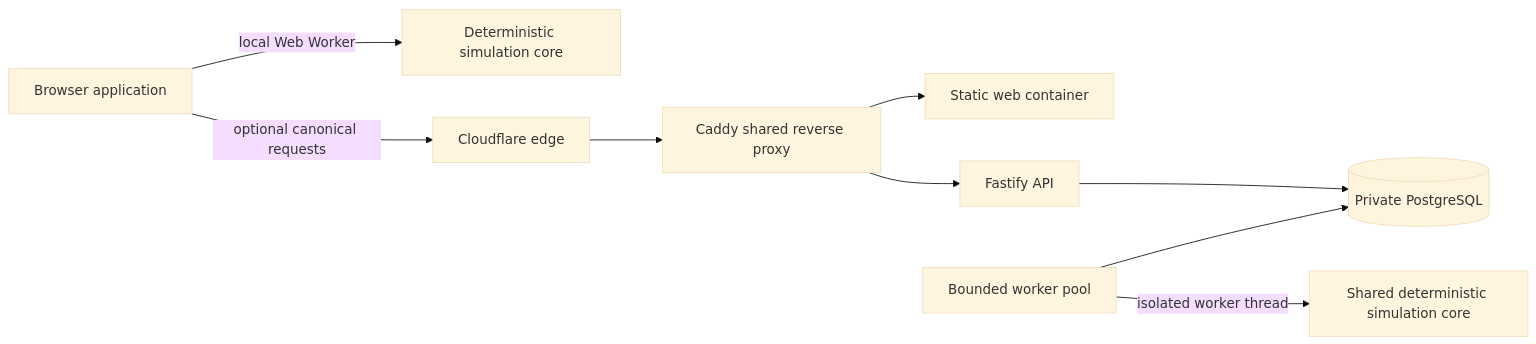
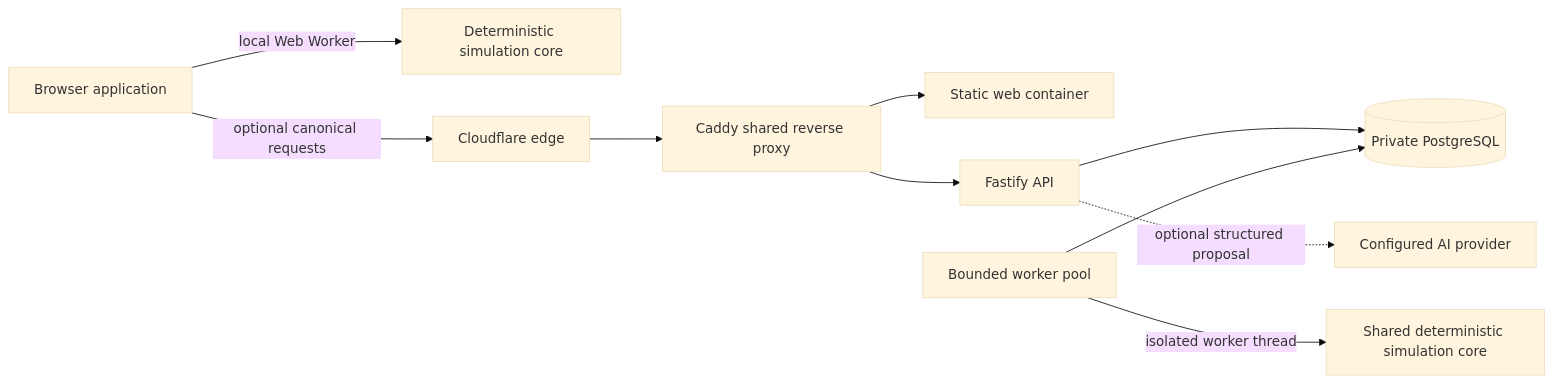
One commit to mahmoudelfeelig/SystemForge changed the diagram in docs/architecture.md. Above: the diagram before and after it, drawn with Mermaid (base theme). The commit also changed other lines of this file and 162 other files, not shown here.

````diff
--- a/docs/architecture.md
+++ b/docs/architecture.md
@@ -5,11 +5,12 @@
 ```mermaid
 flowchart LR
     Browser[Browser application] -->|local Web Worker| LocalSim[Deterministic simulation core]
     Browser -->|optional canonical requests| CF[Cloudflare edge]
     CF --> Caddy[Caddy shared reverse proxy]
     Caddy --> Web[Static web container]
     Caddy --> API[Fastify API]
     API --> DB[(Private PostgreSQL)]
+    API -. optional structured proposal .-> AI[Configured AI provider]
     Worker[Bounded worker pool] --> DB
     Worker -->|isolated worker thread| Canonical[Shared deterministic simulation core]
 ```
````
